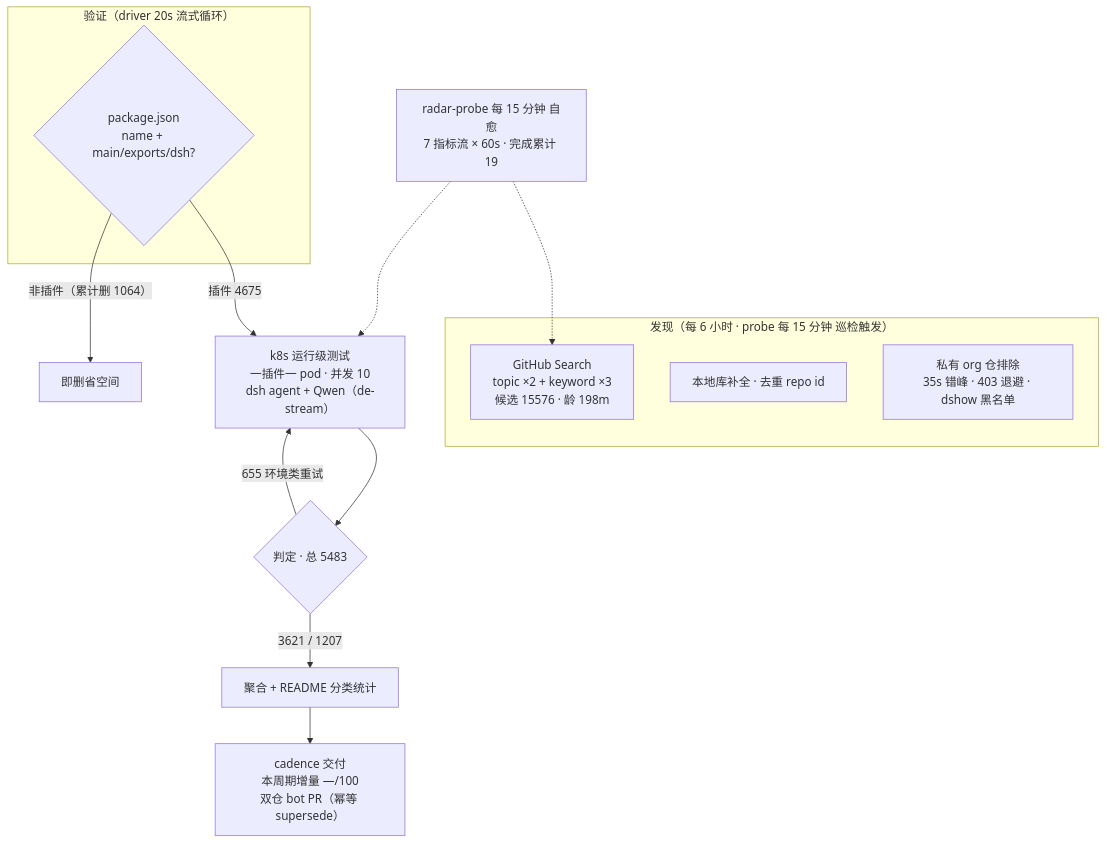
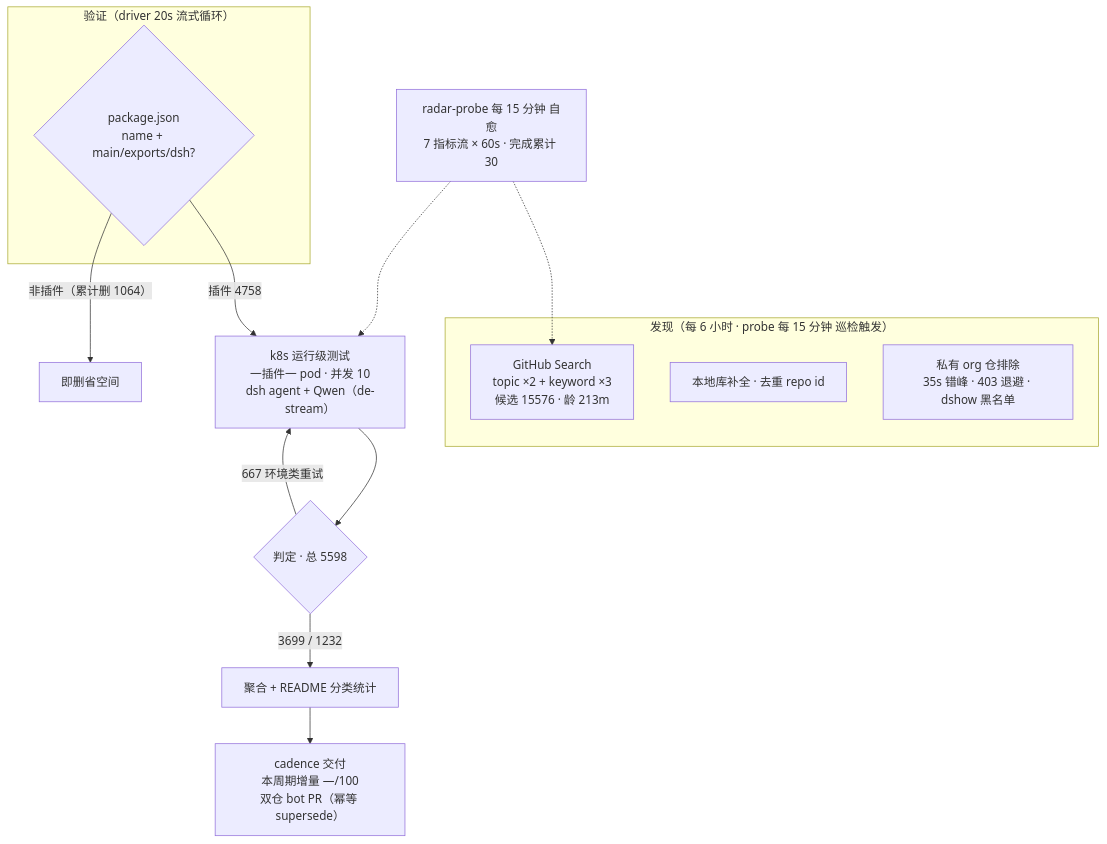
Before and after one commit to AdamPlatin123/awesome-dsh-plugins: the diagram in README.md, drawn with Mermaid. The commit also changed other lines of this file and 5 other files, not shown here.

````diff
--- a/README.md
+++ b/README.md
@@ -37,20 +37,20 @@
 ```mermaid
 flowchart TB
     subgraph Discovery["发现（每 6 小时 · probe 每 15 分钟 巡检触发）"]
-        A1["GitHub Search<br/>topic ×2 + keyword ×3<br/>候选 15576 · 龄 198m"]
+        A1["GitHub Search<br/>topic ×2 + keyword ×3<br/>候选 15576 · 龄 213m"]
         A2["本地库补全 · 去重 repo id"]
         A3["私有 org 仓排除<br/>35s 错峰 · 403 退避 · dshow 黑名单"]
     end
     subgraph Validation["验证（driver 20s 流式循环）"]
         B1{"package.json<br/>name + main/exports/dsh?"}
     end
-    B1 -->|"插件 4675"| C1["k8s 运行级测试<br/>一插件一 pod · 并发 10<br/>dsh agent + Qwen（de-stream）"]
+    B1 -->|"插件 4758"| C1["k8s 运行级测试<br/>一插件一 pod · 并发 10<br/>dsh agent + Qwen（de-stream）"]
     B1 -->|"非插件（累计删 1064）"| B3["即删省空间"]
-    C1 --> D1{"判定 · 总 5483"}
-    D1 -->|"3621 / 1207"| E1["聚合 + README 分类统计"]
-    D1 -->|"655 环境类重试"| C1
+    C1 --> D1{"判定 · 总 5598"}
+    D1 -->|"3699 / 1232"| E1["聚合 + README 分类统计"]
+    D1 -->|"667 环境类重试"| C1
     E1 --> E2["cadence 交付<br/>本周期增量 —/100<br/>双仓 bot PR（幂等 supersede）"]
-    M["radar-probe 每 15 分钟 自愈<br/>7 指标流 × 60s · 完成累计 19"]
+    M["radar-probe 每 15 分钟 自愈<br/>7 指标流 × 60s · 完成累计 30"]
     M -.-> A1
     M -.-> C1
 ```
````
